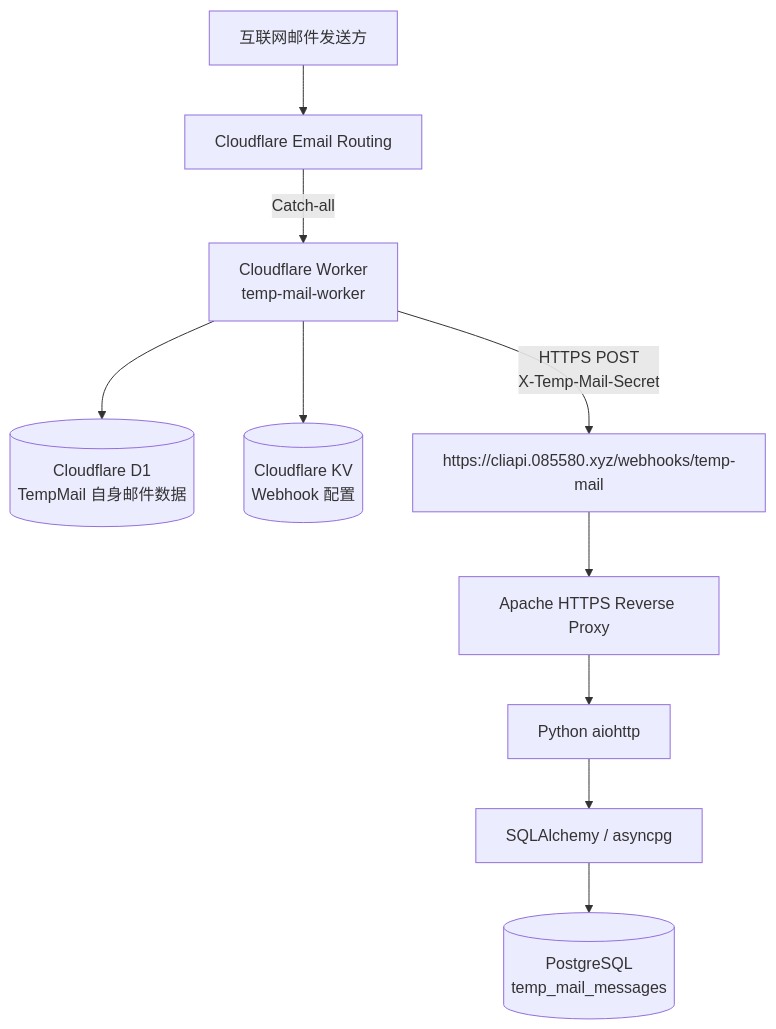
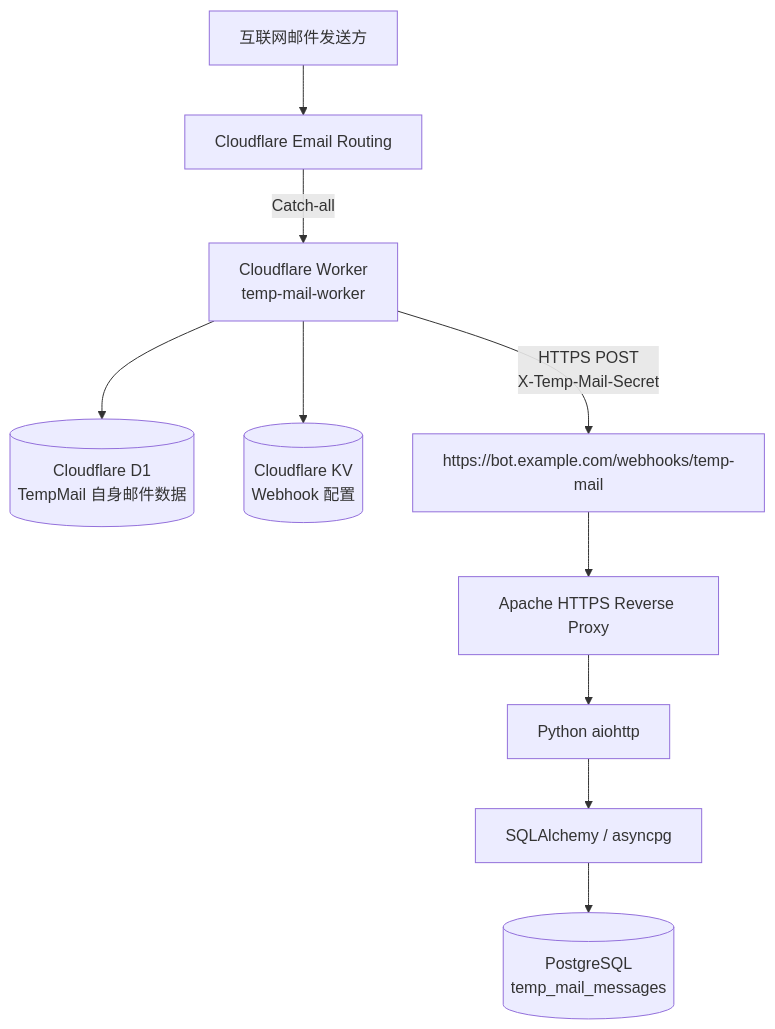
The second of 2 diagrams in README.md (o2sky/tgmag), drawn with Mermaid before and after one commit. The commit also changed other lines of this file and 1 other file, not shown here.

````diff
--- a/README.md
+++ b/README.md
@@ -217,12 +217,12 @@
 ```mermaid
 flowchart TD
     sender[互联网邮件发送方] --> routing[Cloudflare Email Routing]
     routing -->|Catch-all| worker[Cloudflare Worker<br/>temp-mail-worker]
     worker --> d1[(Cloudflare D1<br/>TempMail 自身邮件数据)]
     worker --> kv[(Cloudflare KV<br/>Webhook 配置)]
-    worker -->|HTTPS POST<br/>X-Temp-Mail-Secret| webhook[https://cliapi.085580.xyz/webhooks/temp-mail]
+    worker -->|HTTPS POST<br/>X-Temp-Mail-Secret| webhook[https://bot.example.com/webhooks/temp-mail]
     webhook --> apache[Apache HTTPS Reverse Proxy]
     apache --> aiohttp[Python aiohttp]
     aiohttp --> sqlalchemy[SQLAlchemy / asyncpg]
     sqlalchemy --> postgres[(PostgreSQL<br/>temp_mail_messages)]
 ```
````
